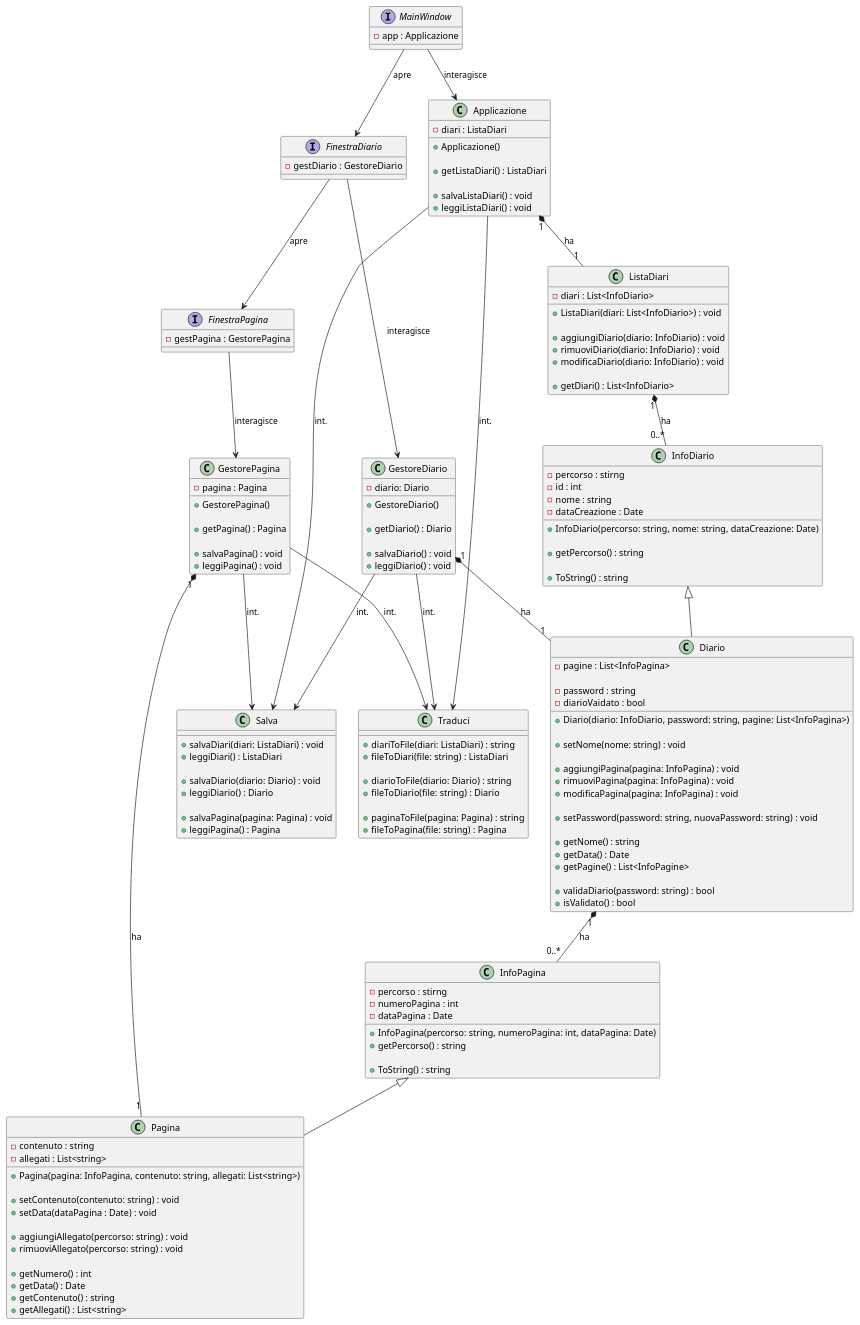
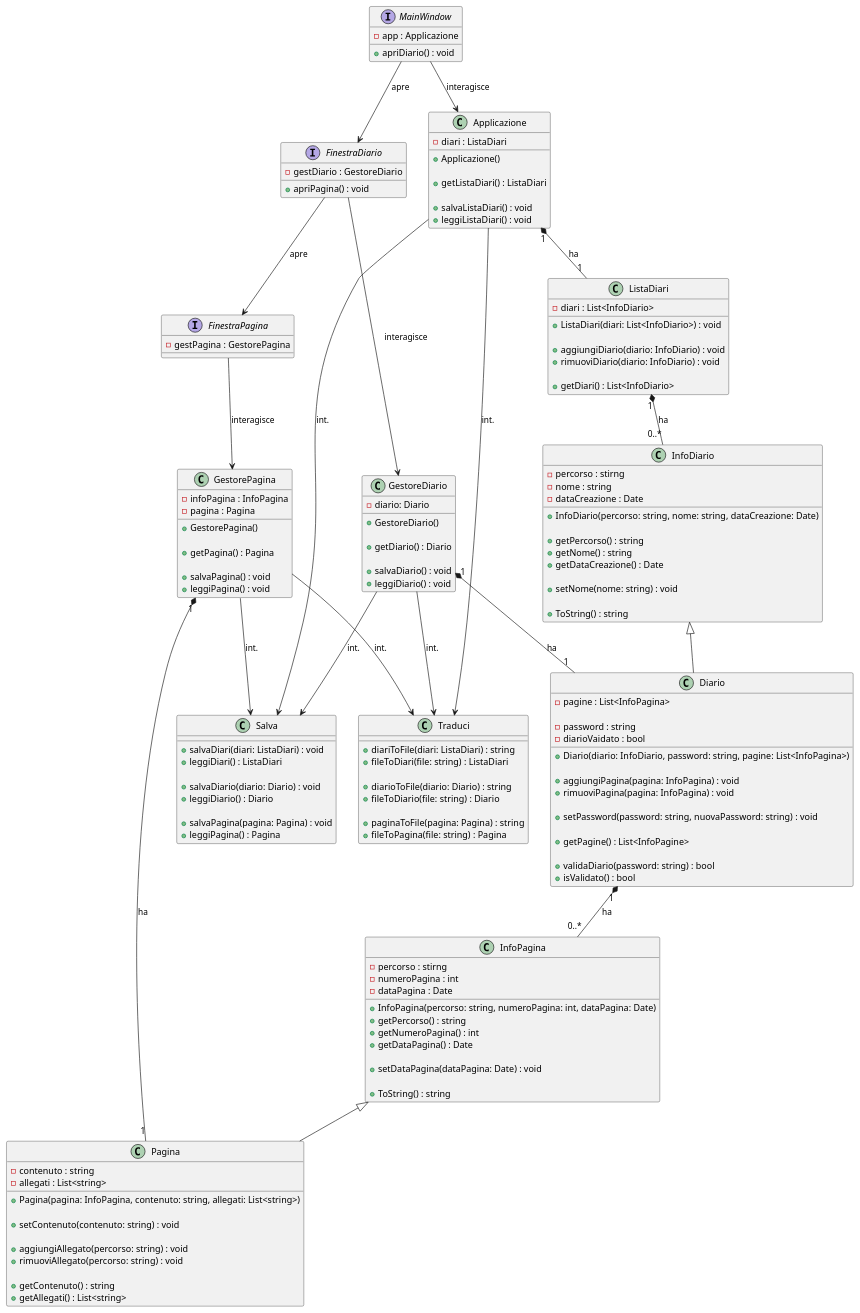
Before and after one commit to Borgo2000/Progetto-diario: the diagram in diagrammi/ClassDiagram.puml, drawn with PlantUML.

Commit message:
Modifiche file ClassDiagram.puml

```diff
--- a/diagrammi/ClassDiagram.puml
+++ b/diagrammi/ClassDiagram.puml
@@ -1,187 +1,193 @@
 @startuml
 
 'Interfacce utente
 interface MainWindow{
     -app : Applicazione
+
+    +apriDiario() : void
 }
 
 interface FinestraDiario{
     -gestDiario : GestoreDiario
+
+    +apriPagina() : void
 }
 
 interface FinestraPagina{
     -gestPagina : GestorePagina
 }
 
 'Classi base
 class Applicazione{
     -diari : ListaDiari
 
+    'Inizializza la lista diari
     +Applicazione()
 
     +getListaDiari() : ListaDiari
 
     +salvaListaDiari() : void
     +leggiListaDiari() : void
 }
 
 class GestoreDiario{
     -diario: Diario
 
+    'Inizializza il diario
     +GestoreDiario()
 
     +getDiario() : Diario
 
     +salvaDiario() : void
     +leggiDiario() : void
 }
 
 class GestorePagina{
+    -infoPagina : InfoPagina
     -pagina : Pagina
 
+    'Inizializza la pagina
     +GestorePagina()
 
     +getPagina() : Pagina
 
+    'salva la pagina e aggiorna infoPagina
     +salvaPagina() : void
     +leggiPagina() : void
 }
 
 'Strutture dati
 class ListaDiari{
     -diari : List<InfoDiario>
 
     +ListaDiari(diari: List<InfoDiario>) : void
 
     +aggiungiDiario(diario: InfoDiario) : void
     +rimuoviDiario(diario: InfoDiario) : void
-    +modificaDiario(diario: InfoDiario) : void
 
     +getDiari() : List<InfoDiario>
 }
 
 class InfoDiario{
     -percorso : stirng
-    -id : int
     -nome : string
     -dataCreazione : Date
 
     +InfoDiario(percorso: string, nome: string, dataCreazione: Date)
 
-    'per interfacce di salvataggio
     +getPercorso() : string
+    +getNome() : string
+    +getDataCreazione() : Date
+
+    +setNome(nome: string) : void
 
     +ToString() : string
 }
 
 class Diario extends InfoDiario{
     -pagine : List<InfoPagina>
     
     -password : string
     -diarioVaidato : bool
 
     +Diario(diario: InfoDiario, password: string, pagine: List<InfoPagina>)
 
     'setter
-    +setNome(nome: string) : void
-
     +aggiungiPagina(pagina: InfoPagina) : void
     +rimuoviPagina(pagina: InfoPagina) : void
-    +modificaPagina(pagina: InfoPagina) : void
 
     +setPassword(password: string, nuovaPassword: string) : void
 
     'getter
-    +getNome() : string
-    +getData() : Date
     +getPagine() : List<InfoPagine>
 
     'sicurezza
     +validaDiario(password: string) : bool
     +isValidato() : bool
 }
 
 class InfoPagina{
     -percorso : stirng
     -numeroPagina : int
     -dataPagina : Date
 
     +InfoPagina(percorso: string, numeroPagina: int, dataPagina: Date)
     +getPercorso() : string
+    +getNumeroPagina() : int
+    +getDataPagina() : Date
+
+    +setDataPagina(dataPagina: Date) : void
 
     +ToString() : string
 }
 
 class Pagina extends InfoPagina{
     -contenuto : string
     -allegati : List<string>
 
     +Pagina(pagina: InfoPagina, contenuto: string, allegati: List<string>)
 
     'setter
     +setContenuto(contenuto: string) : void
-    +setData(dataPagina : Date) : void
     
     +aggiungiAllegato(percorso: string) : void
     +rimuoviAllegato(percorso: string) : void
 
     'getter
-    +getNumero() : int
-    +getData() : Date
     +getContenuto() : string
     +getAllegati() : List<string>
 }
 
 'Traduttori e salvataggio dati
 class Traduci{
     +diariToFile(diari: ListaDiari) : string
     +fileToDiari(file: string) : ListaDiari
 
     +diarioToFile(diario: Diario) : string
     +fileToDiario(file: string) : Diario
 
     +paginaToFile(pagina: Pagina) : string
     +fileToPagina(file: string) : Pagina
 }
 
 class Salva{
     +salvaDiari(diari: ListaDiari) : void
     +leggiDiari() : ListaDiari
 
     +salvaDiario(diario: Diario) : void
     +leggiDiario() : Diario
 
     +salvaPagina(pagina: Pagina) : void
     +leggiPagina() : Pagina
 }
 
 'Interazioni tra interfacce
 MainWindow --> FinestraDiario : apre
 FinestraDiario --> FinestraPagina : apre
 
 'Interazioni con interfacce
 MainWindow --> Applicazione : interagisce
 FinestraDiario --> GestoreDiario : interagisce
 FinestraPagina --> GestorePagina : interagisce
 
 'Relazioni
 Applicazione "1" *-- "1" ListaDiari : ha
 GestoreDiario "1" *-- "1" Diario : ha
 GestorePagina "1" *-- "1" Pagina : ha
 
 'Relazioni traduzione
 Applicazione --> Traduci : int.
 GestoreDiario --> Traduci : int.
 GestorePagina --> Traduci : int.
 
 'Relazioni traduzione
 Applicazione --> Salva : int.
 GestoreDiario --> Salva : int.
 GestorePagina --> Salva : int.
 
 
 'Relazioni strutture dati
 ListaDiari "1" *-- "0..*" InfoDiario : ha
 Diario "1" *-- "0..*" InfoPagina : ha
 
 @enduml
```
